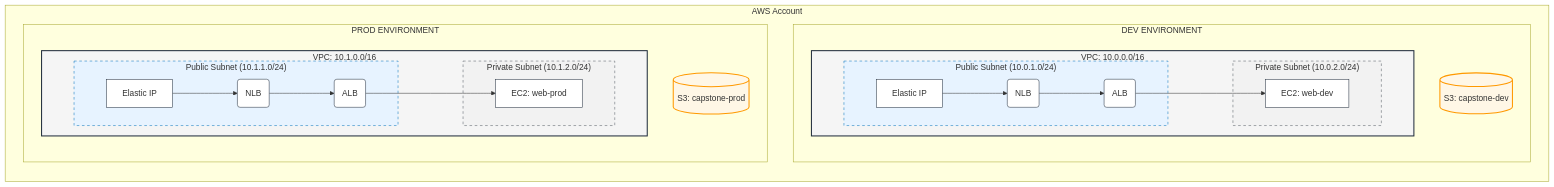
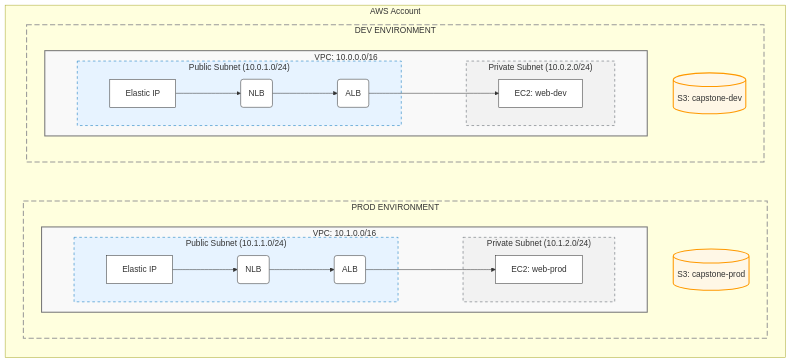
One commit to luhurfatah/intern-labs-1 changed the diagram in labs/Project_Capstone_Import.md. Above: the diagram before and after it, drawn with Mermaid.

Commit message:
feat: Add project context file and refine Mermaid diagram styling in the capstone lab.

````diff
--- a/labs/Project_Capstone_Import.md
+++ b/labs/Project_Capstone_Import.md
@@ -9,48 +9,53 @@
 ```mermaid
 graph TD
-    %% Styling
-    classDef vpc fill:#f5f5f5,stroke:#232f3e,stroke-width:2px;
+    %% Styling (High Compatibility - Light/Dark Friendly)
+    classDef vpc fill:#f9f9f9,stroke:#777,stroke-width:2px;
     classDef pubSubnet fill:#e7f3ff,stroke:#0073bb,stroke-width:1px,stroke-dasharray: 5 5;
     classDef privSubnet fill:#f2f2f2,stroke:#545b64,stroke-width:1px,stroke-dasharray: 5 5;
-    classDef resource fill:#ffffff,stroke:#232f3e,stroke-width:1px;
+    classDef resource fill:#ffffff,stroke:#333,stroke-width:1px;
     classDef s3 fill:#fff7e6,stroke:#ff9900,stroke-width:2px;
+    classDef env fill:none,stroke:#999,stroke-width:2px,stroke-dasharray: 10 5;
 
     subgraph "AWS Account"
         direction TB
 
         subgraph DevEnv ["DEV ENVIRONMENT"]
             direction TB
             subgraph DevVPC ["VPC: 10.0.0.0/16"]
                 subgraph DevPub ["Public Subnet (10.0.1.0/24)"]
                     D_EIP[Elastic IP] --> D_NLB(NLB)
                     D_NLB --> D_ALB(ALB)
                 end
                 subgraph DevPriv ["Private Subnet (10.0.2.0/24)"]
                     D_ALB --> D_EC2[EC2: web-dev]
                 end
             end
             D_S3[(S3: capstone-dev)]
         end
 
+        %% Force vertical stacking
+        DevEnv ~~~ ProdEnv
+
         subgraph ProdEnv ["PROD ENVIRONMENT"]
             direction TB
             subgraph ProdVPC ["VPC: 10.1.0.0/16"]
                 subgraph ProdPub ["Public Subnet (10.1.1.0/24)"]
                     P_EIP[Elastic IP] --> P_NLB(NLB)
                     P_NLB --> P_ALB(ALB)
                 end
                 subgraph ProdPriv ["Private Subnet (10.1.2.0/24)"]
                     P_ALB --> P_EC2[EC2: web-prod]
                 end
             end
             P_S3[(S3: capstone-prod)]
         end
     end
 
     %% Assign Classes
+    class DevEnv,ProdEnv env;
     class DevVPC,ProdVPC vpc;
     class DevPub,ProdPub pubSubnet;
     class DevPriv,ProdPriv privSubnet;
     class D_EIP,D_NLB,D_ALB,D_EC2,P_EIP,P_NLB,P_ALB,P_EC2 resource;
     class D_S3,P_S3 s3;
 ```
````
